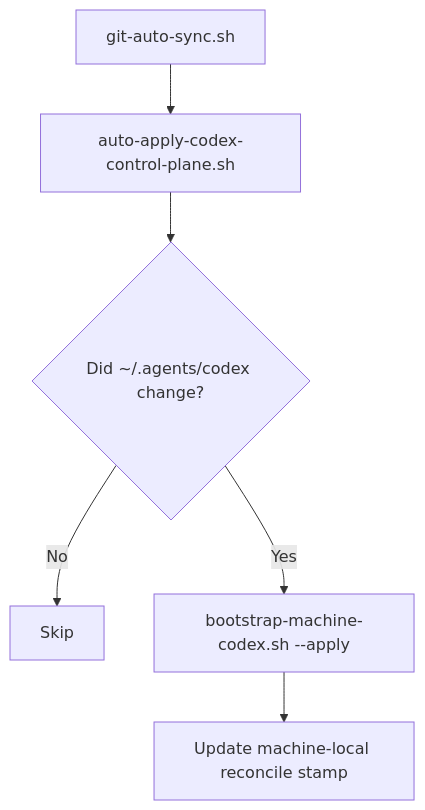
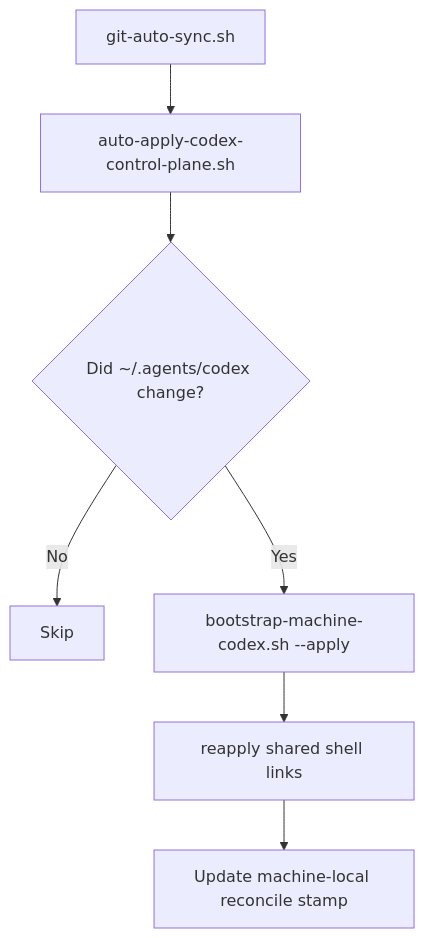
One commit to wisdom-in-a-nutshell/.agents changed the second of 5 diagrams in docs/architecture/codex-control-plane-script-flows.md. Above: the diagram before and after it, drawn with Mermaid. The commit also changed other lines of this file and 2 other files, not shown here.

````diff
--- a/docs/architecture/codex-control-plane-script-flows.md
+++ b/docs/architecture/codex-control-plane-script-flows.md
@@ -53,8 +53,9 @@
 ```mermaid
 flowchart TD
     A[git-auto-sync.sh] --> B[auto-apply-codex-control-plane.sh]
     B --> C{Did ~/.agents/codex change?}
     C -->|No| D[Skip]
     C -->|Yes| E[bootstrap-machine-codex.sh --apply]
-    E --> F[Update machine-local reconcile stamp]
+    E --> F[reapply shared shell links]
+    F --> G[Update machine-local reconcile stamp]
 ```
````
